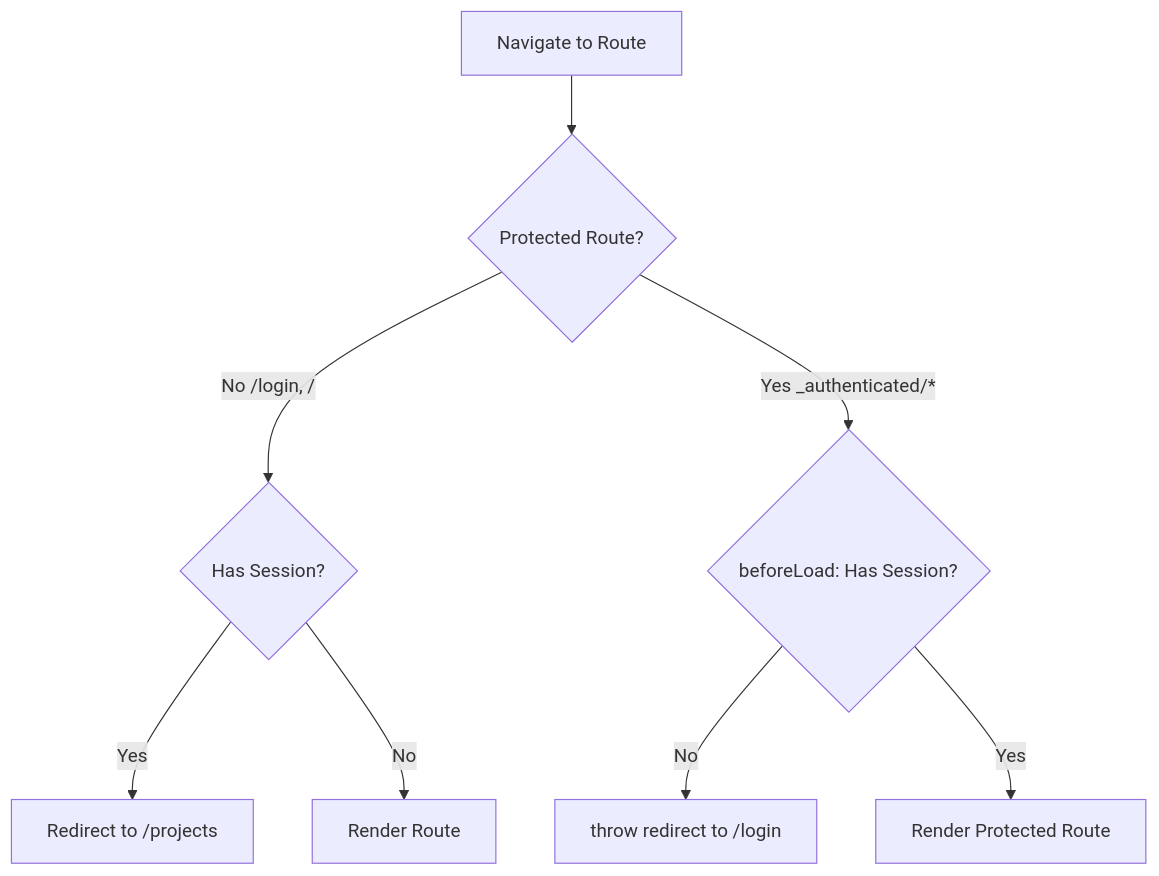
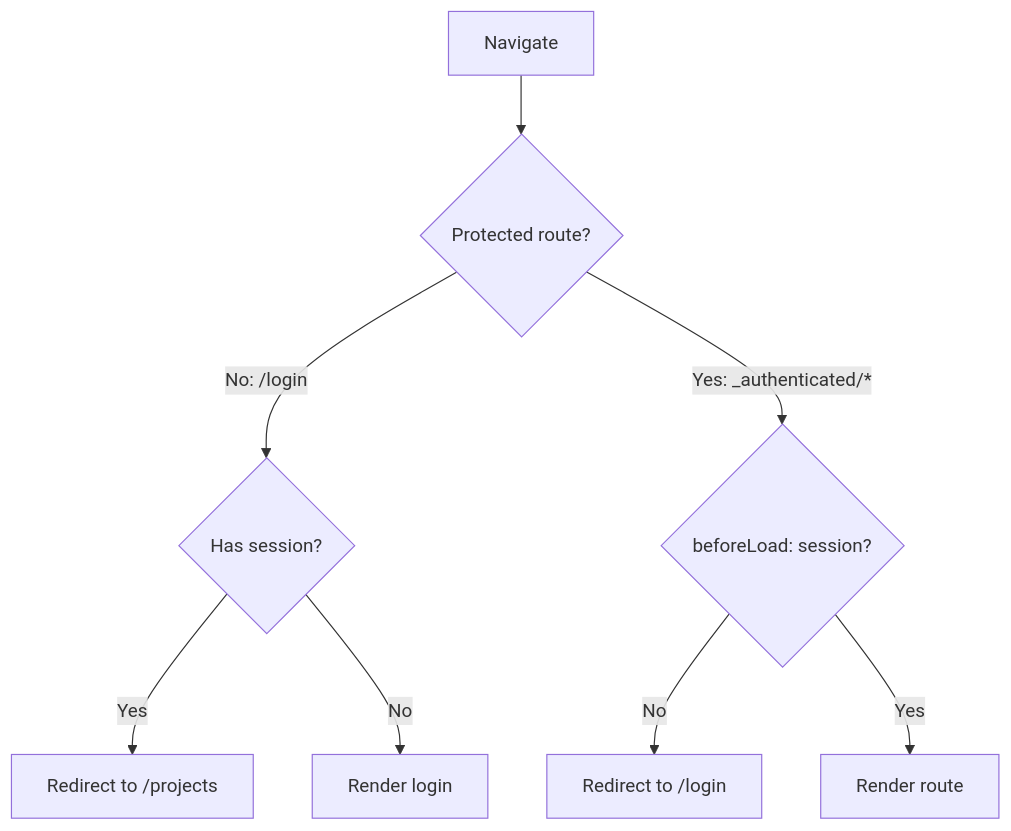
Before and after one commit to haowjy/meridian-flow: the third of 3 diagrams in _docs/technical/frontend/auth-implementation.md, drawn with Mermaid. The commit also changed other lines of this file and 62 other files, not shown here.

````diff
--- a/_docs/technical/frontend/auth-implementation.md
+++ b/_docs/technical/frontend/auth-implementation.md
@@ -60,11 +58,10 @@
 ```mermaid
 flowchart TD
-    A[Navigate to Route] --> B{Protected Route?}
-    B -->|No /login, /| C{Has Session?}
+    A[Navigate] --> B{Protected route?}
+    B -->|"No: /login"| C{Has session?}
     C -->|Yes| D[Redirect to /projects]
-    C -->|No| E[Render Route]
-    B -->|Yes _authenticated/*| F{beforeLoad: Has Session?}
-    F -->|No| G[throw redirect to /login]
-    F -->|Yes| H[Render Protected Route]
-
+    C -->|No| E[Render login]
+    B -->|"Yes: _authenticated/*"| F{beforeLoad: session?}
+    F -->|No| G["Redirect to /login"]
+    F -->|Yes| H[Render route]
 ```
````
